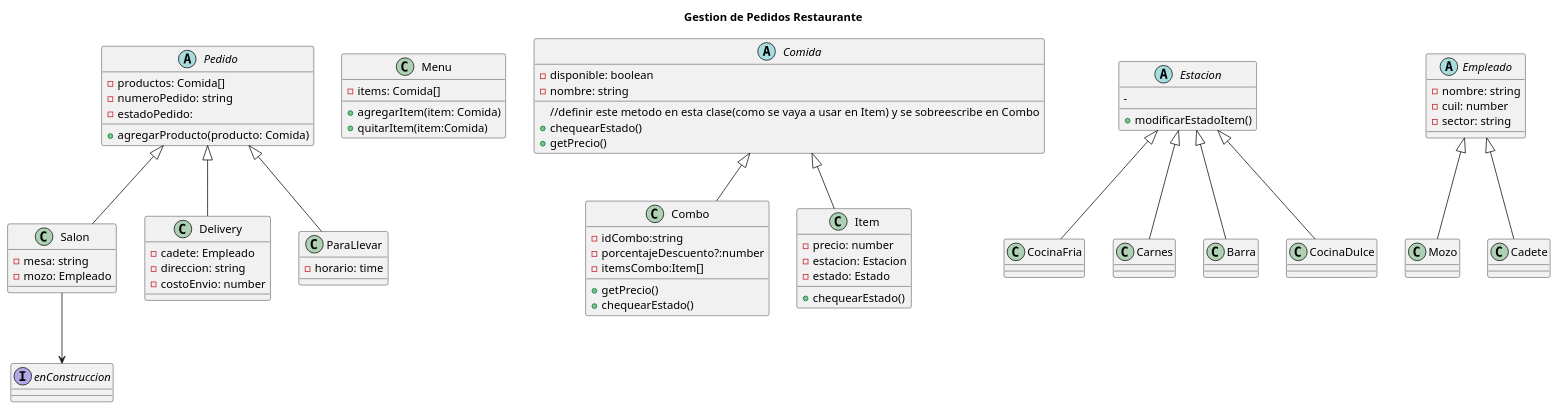
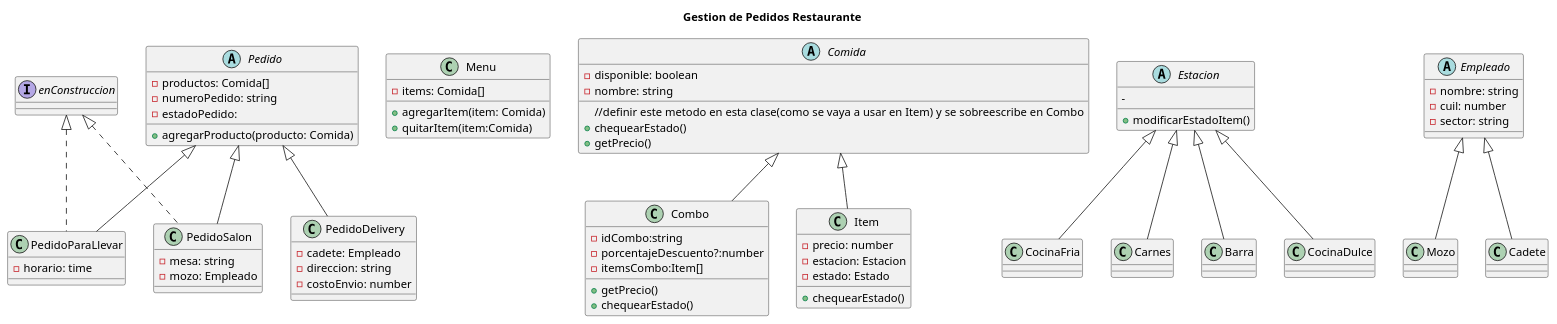
One commit to FedericoGonzalez1988/tp_prog2_grupo8 changed the diagram in diagrams/clases.puml. Above: the diagram before and after it, drawn with PlantUML. The commit also changed 1 other file, not shown here.

Commit message:
actualizacion clases que implementan interface enConstruccion

```diff
--- a/diagrams/clases.puml
+++ b/diagrams/clases.puml
@@ -1,107 +1,107 @@
 @startuml Gestion de Pedidos Restaurante
 
 title Gestion de Pedidos Restaurante
 
 abstract class Pedido {
 
 
     -productos: Comida[]
     -numeroPedido: string
     -estadoPedido: 
 
     +agregarProducto(producto: Comida)
 
 }
 
-class Salon extends Pedido{
+class PedidoSalon extends Pedido implements enConstruccion {
     -mesa: string
     -mozo: Empleado
 }
 
-class Delivery extends Pedido{
+class PedidoDelivery extends Pedido {
     -cadete: Empleado
     -direccion: string
     -costoEnvio: number
 }
 
-class ParaLlevar extends Pedido{
+class PedidoParaLlevar extends Pedido  implements enConstruccion {
 
     -horario: time
 
 }
 
 class Menu {
 
     -items: Comida[]
     +agregarItem(item: Comida)
     +quitarItem(item:Comida)
 
 }
 abstract class Comida {
     -disponible: boolean
     -nombre: string
     //definir este metodo en esta clase(como se vaya a usar en Item) y se sobreescribe en Combo
     +chequearEstado()
     +getPrecio()
 
 }
 class Combo extends Comida {
 
     -idCombo:string
     -porcentajeDescuento?:number
     -itemsCombo:Item[]
     +getPrecio()
     +chequearEstado()
 
     'definir si se pueden agregar y quitar items cuando ya se creó el combo
     '+agregarItem(item: Item)
     '+eliminarItem(item: Item)
     
 }
 
 class Item extends Comida{
     -precio: number
     -estacion: Estacion
     -estado: Estado
     +chequearEstado()
 }
 
 
 abstract class Estacion {
     -
     +modificarEstadoItem()
 }
 class CocinaFria extends Estacion{
 
 }
 
 class Carnes extends Estacion{
 
 }
 class Barra extends Estacion{
 
 }
 class CocinaDulce extends Estacion{
 
 }
 
 interface enConstruccion {
 
 }
 
 abstract class Empleado {
     - nombre: string
     - cuil: number
     - sector: string
 }
 
 class Mozo extends Empleado {
     
 }
 class Cadete extends Empleado {
     
 }
 
-Salon --> enConstruccion
+' Salon --> enConstruccion
 
 @enduml
```
